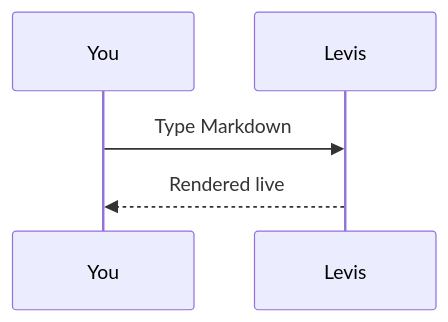
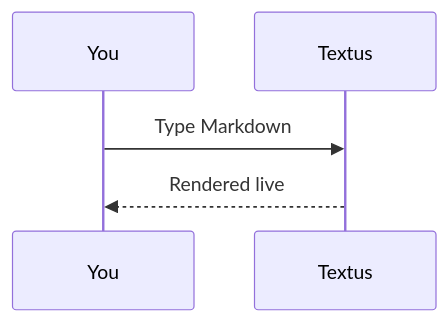
One commit to CatVinci-Studio/Levis changed the third of 3 diagrams in src/help/markdown-guide.en.md. Above: the diagram before and after it, drawn with Mermaid. The commit also changed other lines of this file and 219 other files, not shown here.

````diff
--- a/src/help/markdown-guide.en.md
+++ b/src/help/markdown-guide.en.md
@@ -113,7 +113,7 @@
 ```mermaid
 sequenceDiagram
     participant You
-    participant Levis
-    You->>Levis: Type Markdown
-    Levis-->>You: Rendered live
+    participant Textus
+    You->>Textus: Type Markdown
+    Textus-->>You: Rendered live
 ```
````
